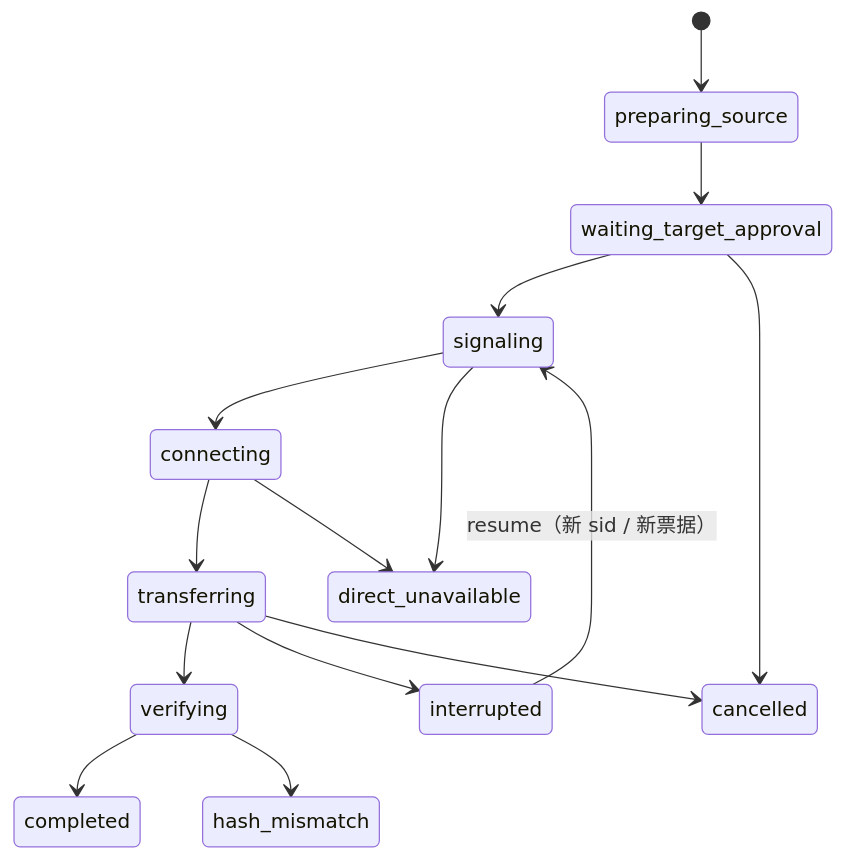
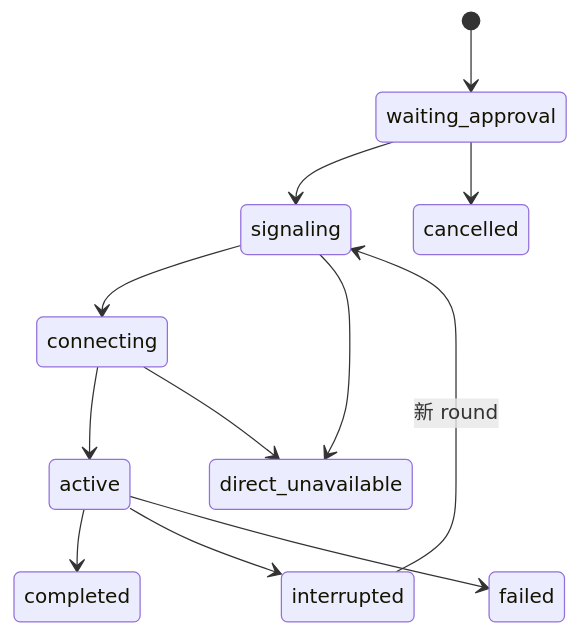
One commit to TITOCHAN2023/fleetForAgent changed the second of 4 diagrams in docs/FILE_TRANSFER.md. Above: the diagram before and after it, drawn with Mermaid. The commit also changed other lines of this file and 68 other files, not shown here.

````diff
--- a/docs/FILE_TRANSFER.md
+++ b/docs/FILE_TRANSFER.md
@@ -60,17 +77,14 @@
 ```mermaid
 stateDiagram-v2
-  [*] --> preparing_source
-  preparing_source --> waiting_target_approval
-  waiting_target_approval --> signaling
+  [*] --> waiting_approval
+  waiting_approval --> signaling
   signaling --> connecting
-  connecting --> transferring
-  transferring --> verifying
-  verifying --> completed
+  connecting --> active
+  active --> completed
+  active --> interrupted
+  interrupted --> signaling: 新 round
+  waiting_approval --> cancelled
   signaling --> direct_unavailable
   connecting --> direct_unavailable
-  transferring --> interrupted
-  interrupted --> signaling: resume（新 sid / 新票据）
-  waiting_target_approval --> cancelled
-  transferring --> cancelled
-  verifying --> hash_mismatch
+  active --> failed
 ```
````
